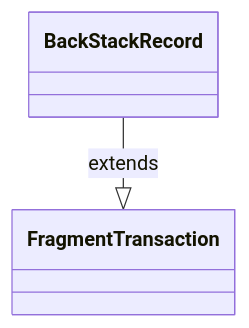
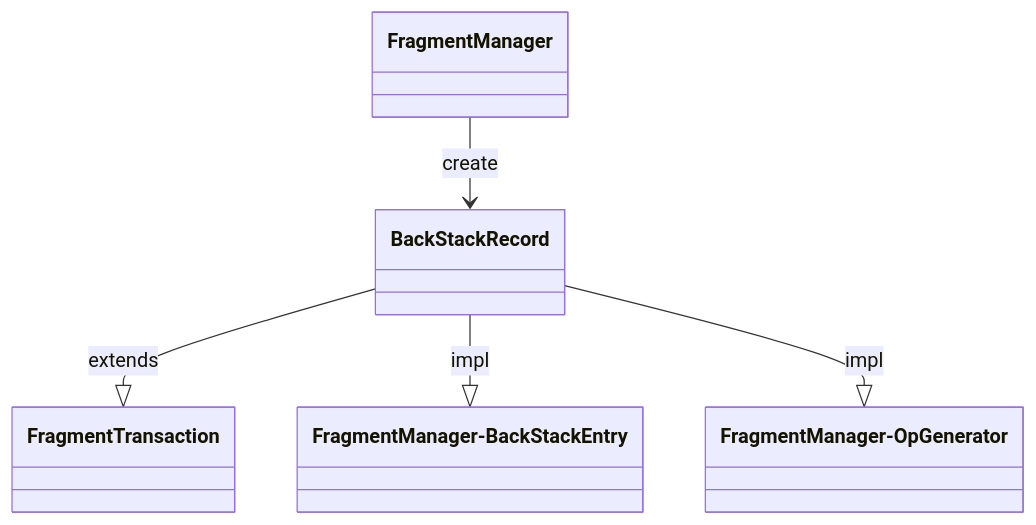
Diagram 21 of 35 in source/_posts/Android/Fragment原理.md (swithun-liu/swithun-liu.github.io), drawn with Mermaid before and after one commit. The commit also changed other lines of this file, not shown here.

````diff
--- a/source/_posts/Android/Fragment原理.md
+++ b/source/_posts/Android/Fragment原理.md
@@ -1344,6 +1360,13 @@
     ```mermaid
     classDiagram
     class FragmentTransaction
     class BackStackRecord
+    class FragmentManager
+    class FragmentManager-BackStackEntry
+    class FragmentManager-OpGenerator
+
     BackStackRecord --|> FragmentTransaction: extends
+    BackStackRecord --|> FragmentManager-BackStackEntry: impl
+    BackStackRecord --|> FragmentManager-OpGenerator: impl
+    FragmentManager --> BackStackRecord: create
     ```
````
